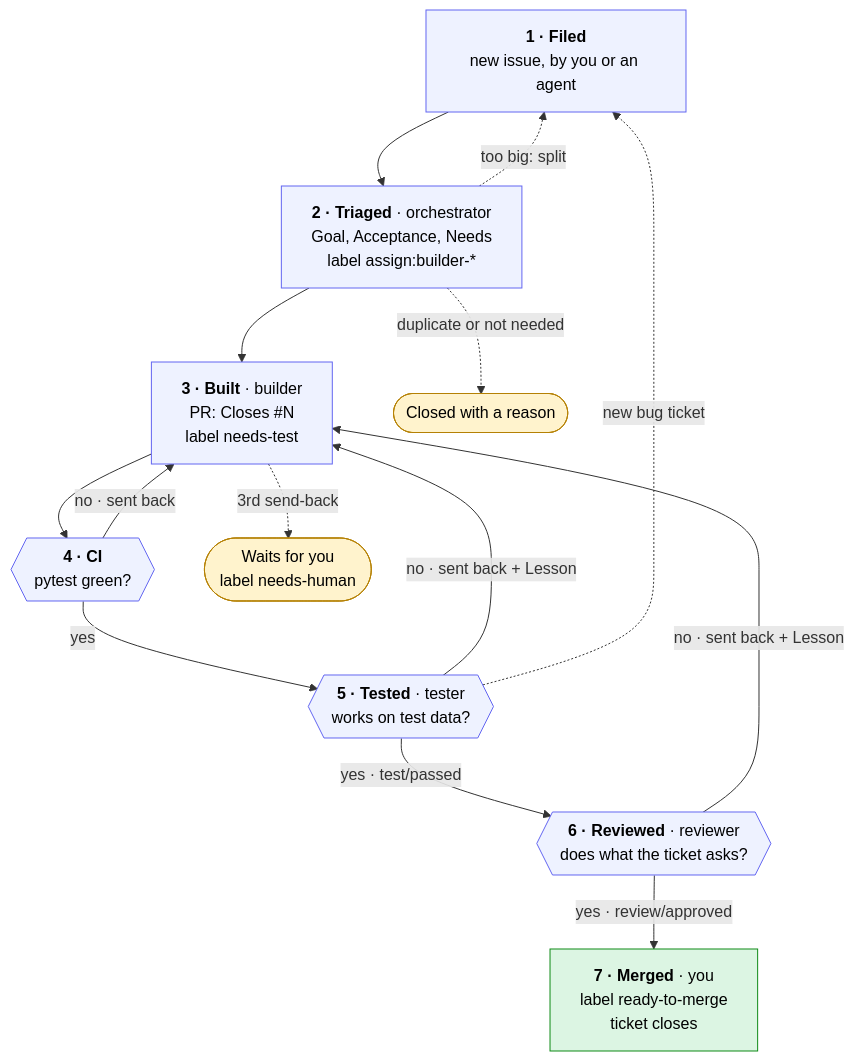
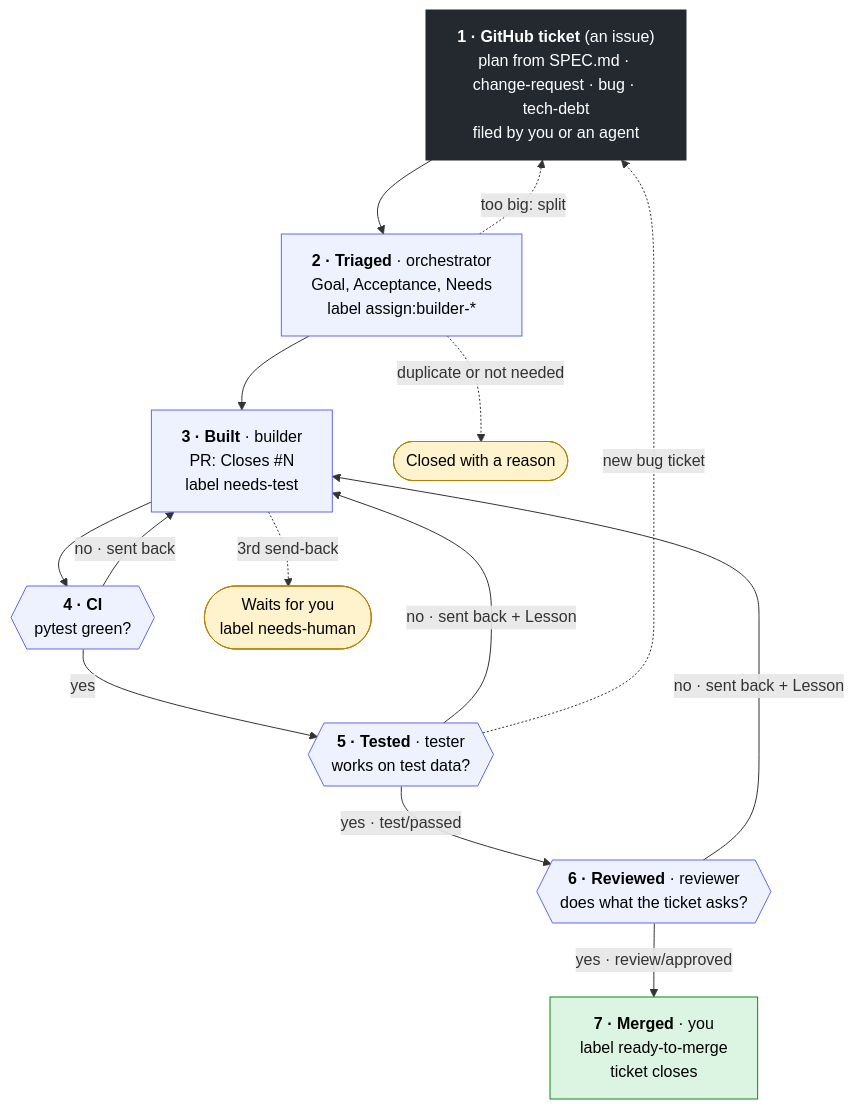
One commit to nikhil-kunapareddy/daily-briefing changed the diagram in agents/WORKFLOW.md. Above: the diagram before and after it, drawn with Mermaid. The commit also changed other lines of this file, not shown here.

Commit message:
Start the ticket diagram with the GitHub ticket box

````diff
--- a/agents/WORKFLOW.md
+++ b/agents/WORKFLOW.md
@@ -11,33 +11,35 @@
 ```mermaid
 flowchart TD
-  S1["<b>1 · Filed</b><br/>new issue, by you or an agent"]
+  S1["<b>1 · GitHub ticket</b> (an issue)<br/>plan from SPEC.md · change-request · bug · tech-debt<br/>filed by you or an agent"]
   S2["<b>2 · Triaged</b> · orchestrator<br/>Goal, Acceptance, Needs<br/>label assign:builder-*"]
   S3["<b>3 · Built</b> · builder<br/>PR: Closes #N<br/>label needs-test"]
   S4{{"<b>4 · CI</b><br/>pytest green?"}}
   S5{{"<b>5 · Tested</b> · tester<br/>works on test data?"}}
   S6{{"<b>6 · Reviewed</b> · reviewer<br/>does what the ticket asks?"}}
   S7["<b>7 · Merged</b> · you<br/>label ready-to-merge<br/>ticket closes"]
   CLOSED(["Closed with a reason"])
   HUMAN(["Waits for you<br/>label needs-human"])
 
   S1 --> S2 --> S3 --> S4
   S4 -->|yes| S5
   S5 -->|"yes · test/passed"| S6
   S6 -->|"yes · review/approved"| S7
 
   S4 -->|"no · sent back"| S3
   S5 -->|"no · sent back + Lesson"| S3
   S6 -->|"no · sent back + Lesson"| S3
 
   S2 -.->|"duplicate or not needed"| CLOSED
   S2 -.->|"too big: split"| S1
   S3 -.->|"3rd send-back"| HUMAN
   S5 -.->|"new bug ticket"| S1
 
+  classDef ticket fill:#24292f,stroke:#24292f,color:#fff
   classDef step fill:#eef2ff,stroke:#6366f1,color:#000
   classDef done fill:#dcf5e3,stroke:#0e8a16,color:#000
   classDef side fill:#fff3cd,stroke:#b58105,color:#000
-  class S1,S2,S3,S4,S5,S6 step
+  class S1 ticket
+  class S2,S3,S4,S5,S6 step
   class S7 done
   class CLOSED,HUMAN side
 ```
````
